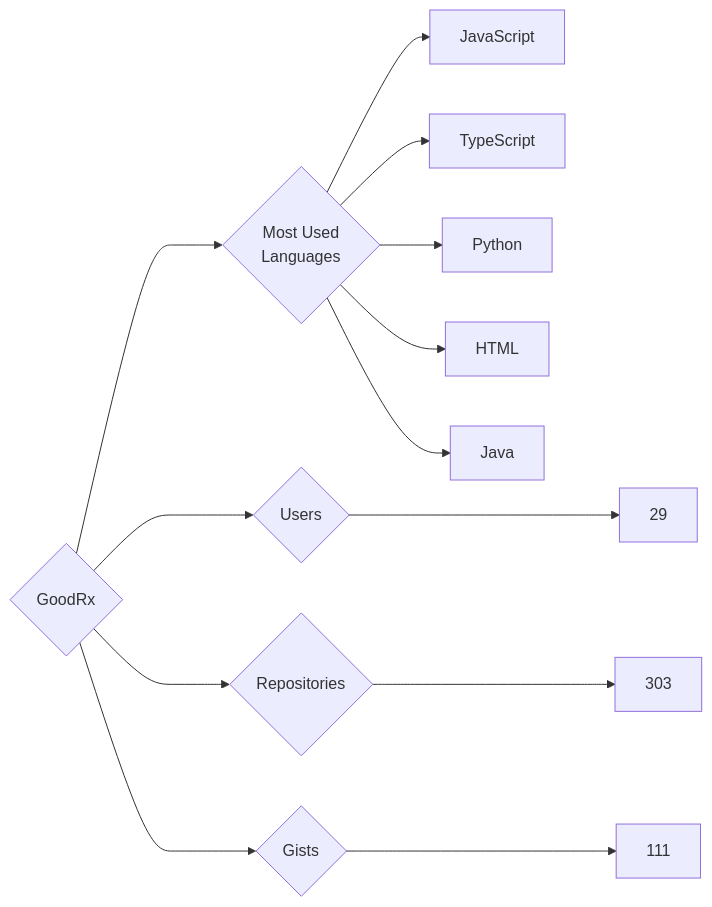
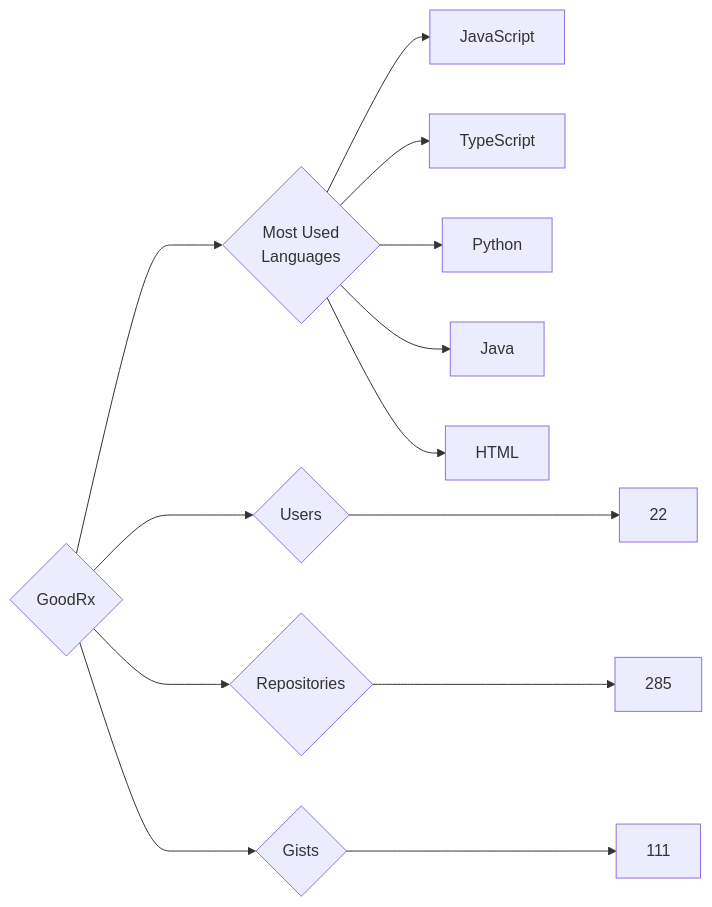
Before and after one commit to trickest/insiders: the diagram in targets/GoodRx/README.md, drawn with Mermaid. The commit also changed 860 other files, not shown here.

````diff
--- a/targets/GoodRx/README.md
+++ b/targets/GoodRx/README.md
@@ -3,13 +3,13 @@
 ```mermaid
 graph LR
 COMPANY_NAME{GoodRx}
-COMPANY_NAME ---> U{Users} ---> UN[29]
-COMPANY_NAME ---> R{Repositories} ---> RN[303]
+COMPANY_NAME ---> U{Users} ---> UN[22]
+COMPANY_NAME ---> R{Repositories} ---> RN[285]
 COMPANY_NAME ---> G{Gists} ---> GN[111]
 COMPANY_NAME ---> ML{Most Used<br>Languages}
 ML --> JavaScript[JavaScript]
 ML --> TypeScript[TypeScript]
 ML --> Python[Python]
+ML --> Java[Java]
 ML --> HTML[HTML]
-ML --> Java[Java]
 ```
````
